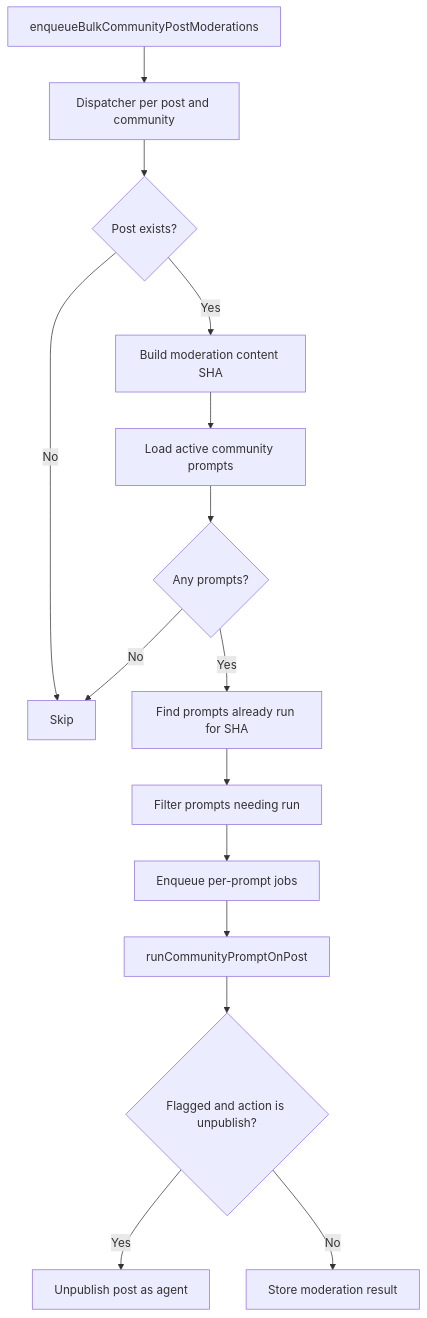
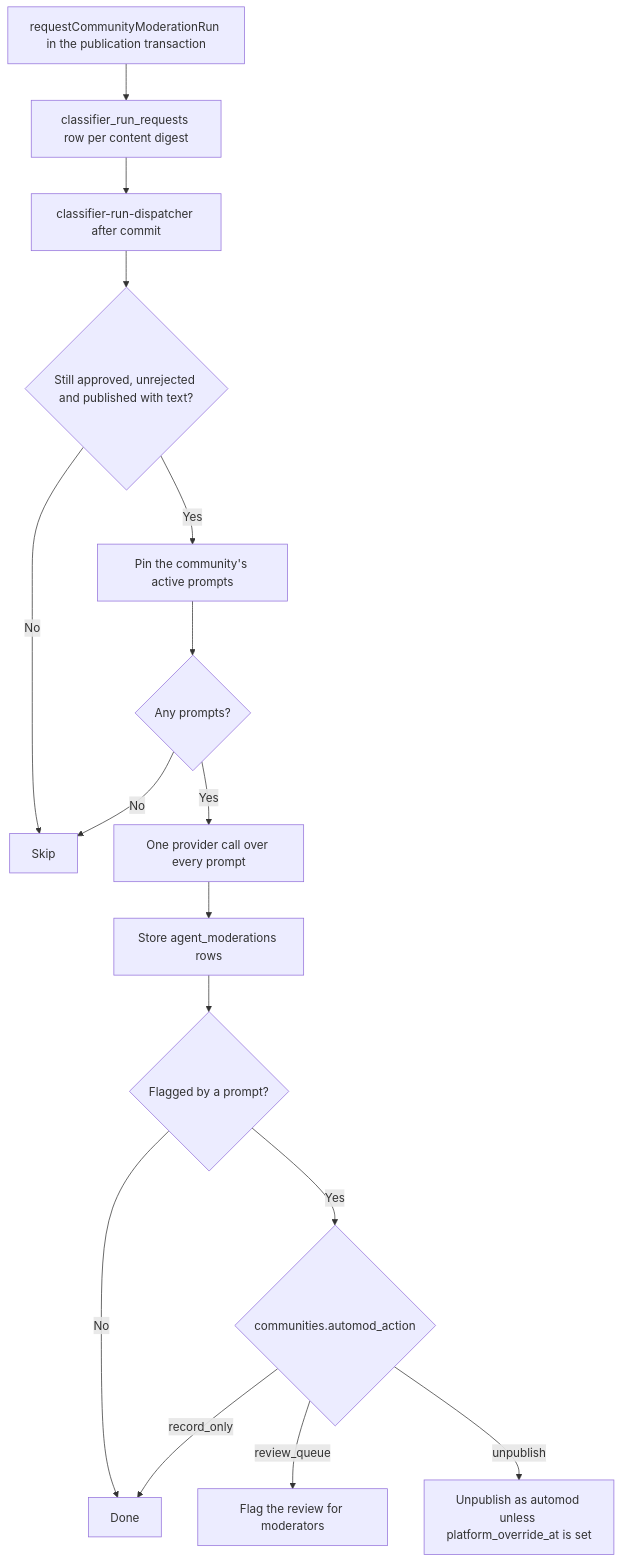
The diagram in docs/overview/architecture/reference-post-lifecycle-community-moderation-pipeline.md (vouchington/vouchington), drawn with Mermaid before and after one commit. The commit also changed other lines of this file and 170 other files, not shown here.

First line of the commit message:
feat(communities): run community moderation as a classifier with an automod action

````diff
--- a/docs/overview/architecture/reference-post-lifecycle-community-moderation-pipeline.md
+++ b/docs/overview/architecture/reference-post-lifecycle-community-moderation-pipeline.md
@@ -9,17 +9,18 @@
 ```mermaid
 flowchart TD
-  enqueue[enqueueBulkCommunityPostModerations] --> dispatcher[Dispatcher per post and community]
-  dispatcher --> exists{Post exists?}
-  exists -- No --> stop[Skip]
-  exists -- Yes --> content[Build moderation content SHA]
-  content --> prompts[Load active community prompts]
+  request[requestCommunityModerationRun in the publication transaction] --> row[classifier_run_requests row per content digest]
+  row --> dispatcher[classifier-run-dispatcher after commit]
+  dispatcher --> eligible{Still approved, unrejected and published with text?}
+  eligible -- No --> stop[Skip]
+  eligible -- Yes --> prompts[Pin the community's active prompts]
   prompts --> any{Any prompts?}
   any -- No --> stop
-  any -- Yes --> previous[Find prompts already run for SHA]
-  previous --> filter[Filter prompts needing run]
-  filter --> jobs[Enqueue per-prompt jobs]
-  jobs --> run[runCommunityPromptOnPost]
-  run --> flagged{Flagged and action is unpublish?}
-  flagged -- Yes --> unpublish[Unpublish post as agent]
-  flagged -- No --> record[Store moderation result]
+  any -- Yes --> run[One provider call over every prompt]
+  run --> record[Store agent_moderations rows]
+  record --> flagged{Flagged by a prompt?}
+  flagged -- No --> done[Done]
+  flagged -- Yes --> action{communities.automod_action}
+  action -- record_only --> done
+  action -- review_queue --> review[Flag the review for moderators]
+  action -- unpublish --> unpublish[Unpublish as automod unless platform_override_at is set]
 ```
````
